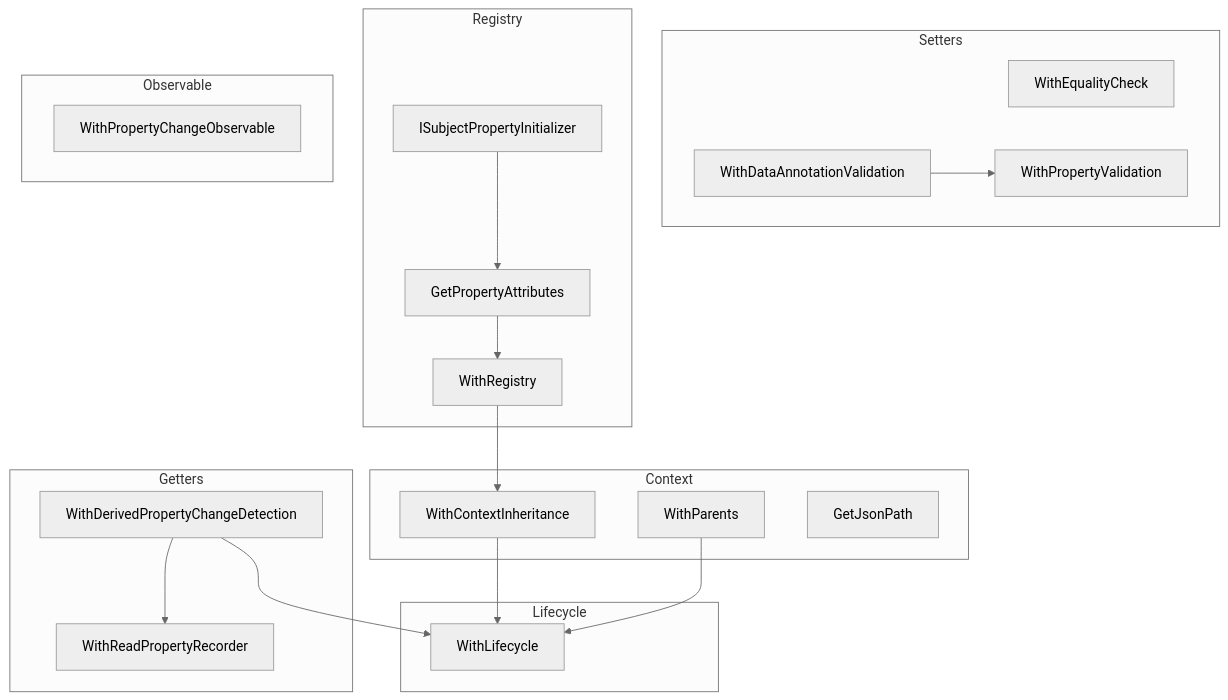
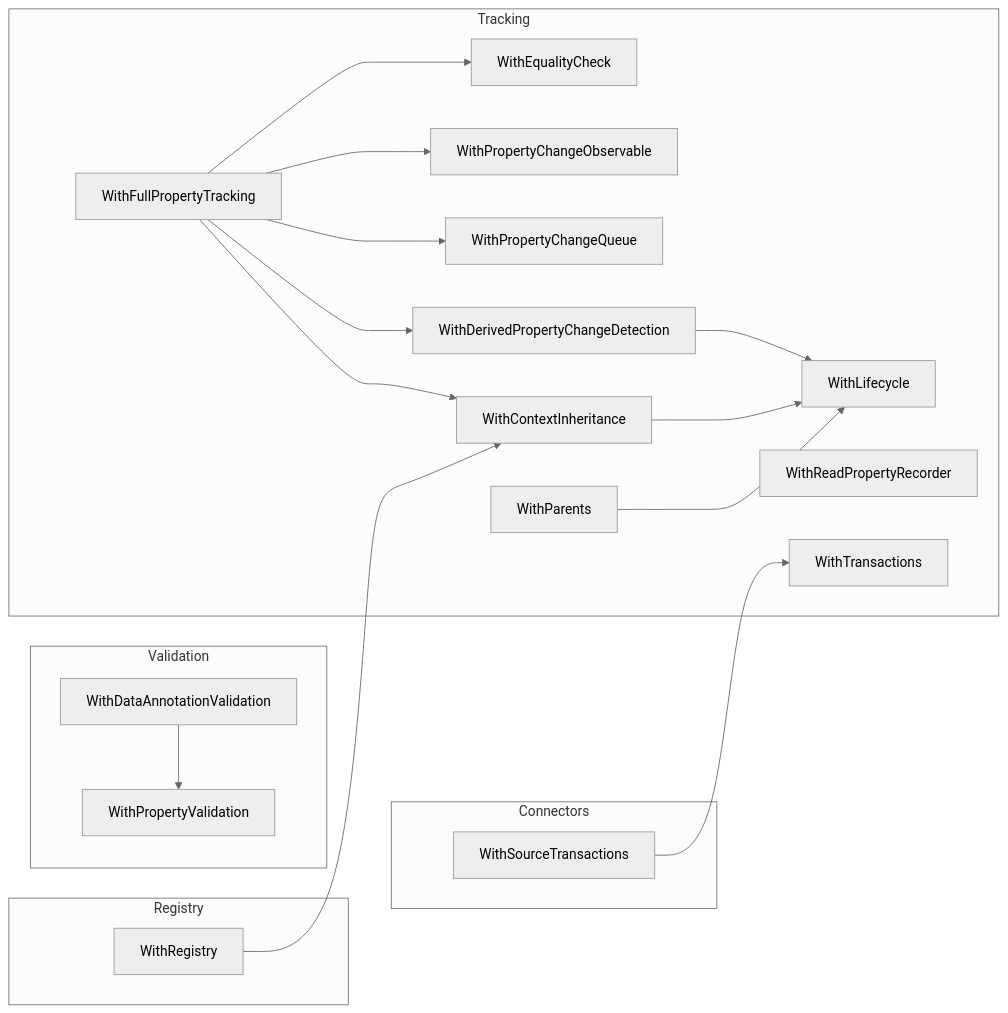
The second of 3 diagrams in README.md (RicoSuter/Namotion.Interceptor), drawn with Mermaid (neutral theme) before and after one commit. The commit also changed other lines of this file, not shown here.

````diff
--- a/README.md
+++ b/README.md
@@ -257,42 +257,49 @@
 ```mermaid
-flowchart TB
-    subgraph Getters
-        ReadRecorder[WithReadPropertyRecorder]
-        DerivedChange[WithDerivedPropertyChangeDetection]
+flowchart LR
+    subgraph Tracking
+        WithLifecycle
+        WithEqualityCheck
+        WithPropertyChangeObservable
+        WithPropertyChangeQueue
+        WithReadPropertyRecorder
+        WithTransactions
+        WithDerivedPropertyChangeDetection
+        WithContextInheritance
+        WithParents
+        WithFullPropertyTracking
     end
 
-    subgraph Setters
-        EqualityCheck[WithEqualityCheck]
-        Validation[WithPropertyValidation]
-        DataAnnotations[WithDataAnnotationValidation]
-    end
-
-    subgraph Context
-        ContextInheritance[WithContextInheritance]
-        Parents[WithParents]
-        JsonUtilities[GetJsonPath]
-    end
-
-    subgraph Lifecycle
-        LifecycleHandler[WithLifecycle]
+    subgraph Validation
+        WithPropertyValidation
+        WithDataAnnotationValidation
     end
 
     subgraph Registry
-        RegistryFeature[WithRegistry]
-        PropertyAttributes[GetPropertyAttributes]
-        AttributeInitializer[ISubjectPropertyInitializer]
+        WithRegistry
     end
 
-    subgraph Observable
-        PropertyChangeObservable[WithPropertyChangeObservable]
+    subgraph Connectors
+        WithSourceTransactions
     end
 
-    DerivedChange --> ReadRecorder
-    DerivedChange --> LifecycleHandler
-    ContextInheritance --> LifecycleHandler
-    RegistryFeature --> ContextInheritance
-    DataAnnotations --> Validation
-    PropertyAttributes --> RegistryFeature
-    AttributeInitializer --> PropertyAttributes
-    Parents --> LifecycleHandler
+    %% Tracking dependencies
+    WithDerivedPropertyChangeDetection --> WithLifecycle
+    WithContextInheritance --> WithLifecycle
+    WithParents --> WithLifecycle
+
+    %% Composite method
+    WithFullPropertyTracking --> WithEqualityCheck
+    WithFullPropertyTracking --> WithDerivedPropertyChangeDetection
+    WithFullPropertyTracking --> WithPropertyChangeObservable
+    WithFullPropertyTracking --> WithPropertyChangeQueue
+    WithFullPropertyTracking --> WithContextInheritance
+
+    %% Validation dependencies
+    WithDataAnnotationValidation --> WithPropertyValidation
+
+    %% Registry dependencies
+    WithRegistry --> WithContextInheritance
+
+    %% Connectors dependencies
+    WithSourceTransactions --> WithTransactions
 ```
````
